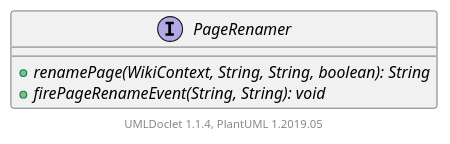
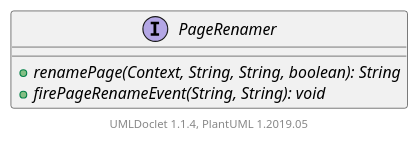
Before and after one commit to apache/jspwiki-site: the diagram in apidocs/2.11.0.M7-SNAPSHOT/org/apache/wiki/content/PageRenamer.puml, drawn with PlantUML. The commit also changed 1821 other files, not shown here.

```diff
--- a/apidocs/2.11.0.M7-SNAPSHOT/org/apache/wiki/content/PageRenamer.puml
+++ b/apidocs/2.11.0.M7-SNAPSHOT/org/apache/wiki/content/PageRenamer.puml
@@ -1,10 +1,10 @@
 @startuml
 
     interface PageRenamer [[PageRenamer.html]] {
-        {abstract} +renamePage(WikiContext, String, String, boolean): String
+        {abstract} +renamePage(Context, String, String, boolean): String
         {abstract} +firePageRenameEvent(String, String): void
     }
 
 
     center footer UMLDoclet 1.1.4, PlantUML 1.2019.05
 @enduml
```
